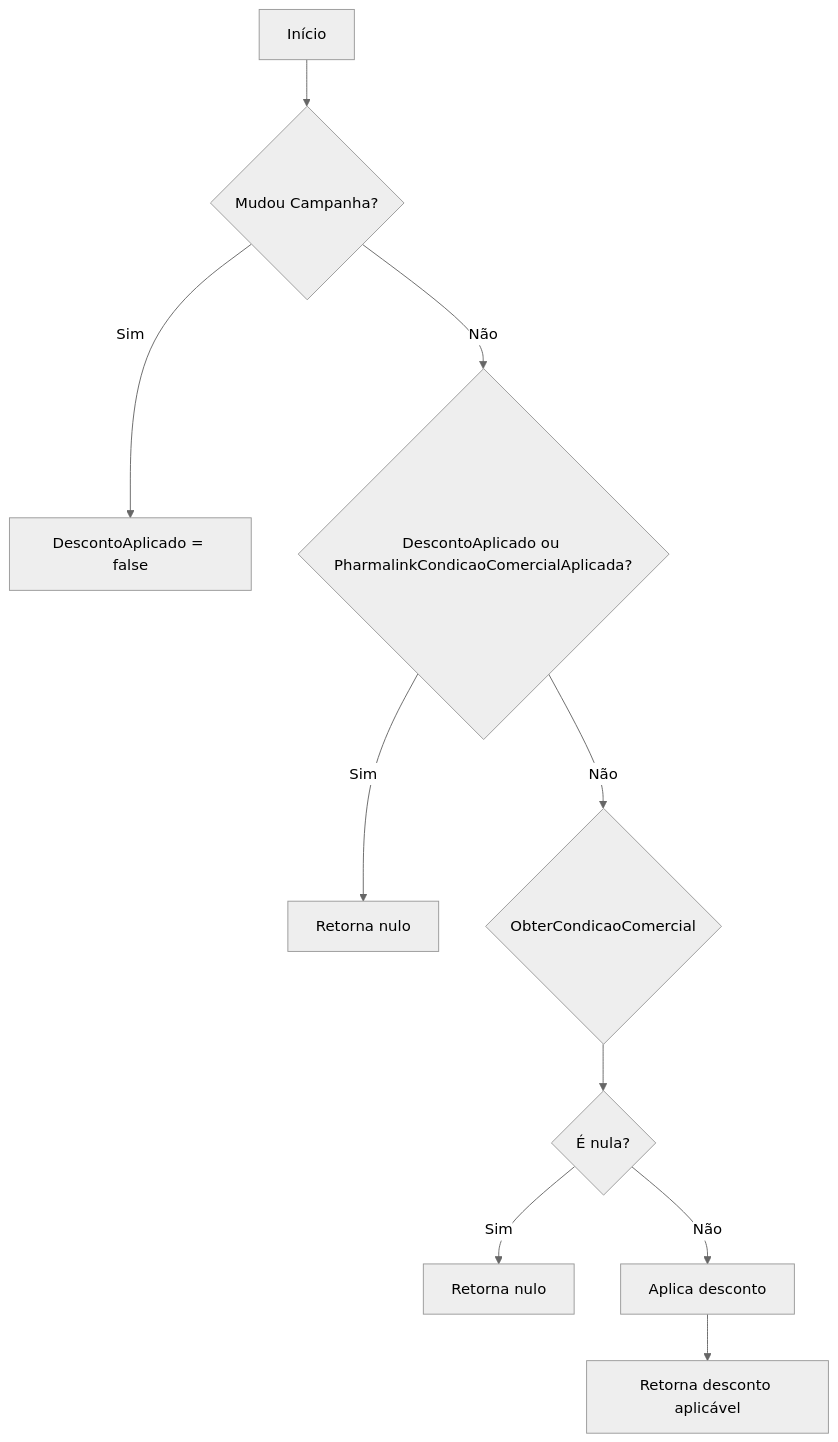
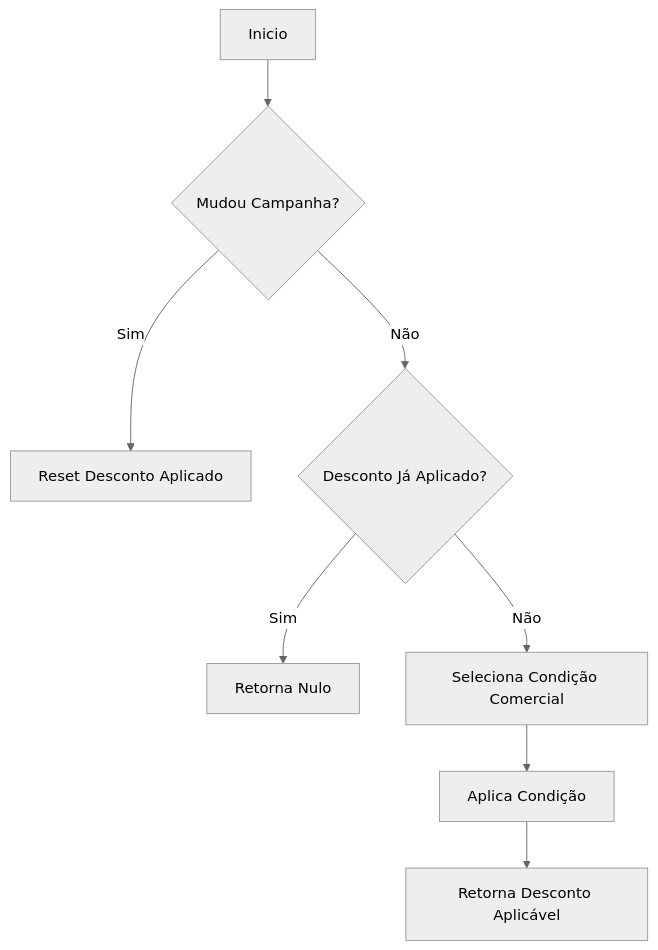
One commit to IsthmusSistemas/documentacao-tecnica changed the second of 3 diagrams in docs/b2b-dominio/IsthmusWinthor.Nucleo/IsthmusWinthor.Dominio/POCO/Precos/IsthmusIndustrias/CondicaoIsthmusIndustria.md. Above: the diagram before and after it, drawn with Mermaid (neutral theme). The commit also changed other lines of this file and 882 other files, not shown here.

````diff
--- a/docs/b2b-dominio/IsthmusWinthor.Nucleo/IsthmusWinthor.Dominio/POCO/Precos/IsthmusIndustrias/CondicaoIsthmusIndustria.md
+++ b/docs/b2b-dominio/IsthmusWinthor.Nucleo/IsthmusWinthor.Dominio/POCO/Precos/IsthmusIndustrias/CondicaoIsthmusIndustria.md
@@ -55,12 +60,10 @@
 ```mermaid
 flowchart TD
-    A[Início] --> B{Mudou Campanha?}
-    B -- Sim --> C[DescontoAplicado = false]
-    B -- Não --> D{DescontoAplicado ou PharmalinkCondicaoComercialAplicada?}
-    D -- Sim --> E[Retorna nulo]
-    D -- Não --> F{ObterCondicaoComercial}
-    F --> G{É nula?}
-    G -- Sim --> H[Retorna nulo]
-    G -- Não --> I[Aplica desconto]
-    I --> J[Retorna desconto aplicável]
+    A[Inicio] --> B{Mudou Campanha?}
+    B -- Sim --> C[Reset Desconto Aplicado]
+    B -- Não --> D{Desconto Já Aplicado?}
+    D -- Sim --> E[Retorna Nulo]
+    D -- Não --> F[Seleciona Condição Comercial]
+    F --> G[Aplica Condição]
+    G --> H[Retorna Desconto Aplicável]
 ```
````
